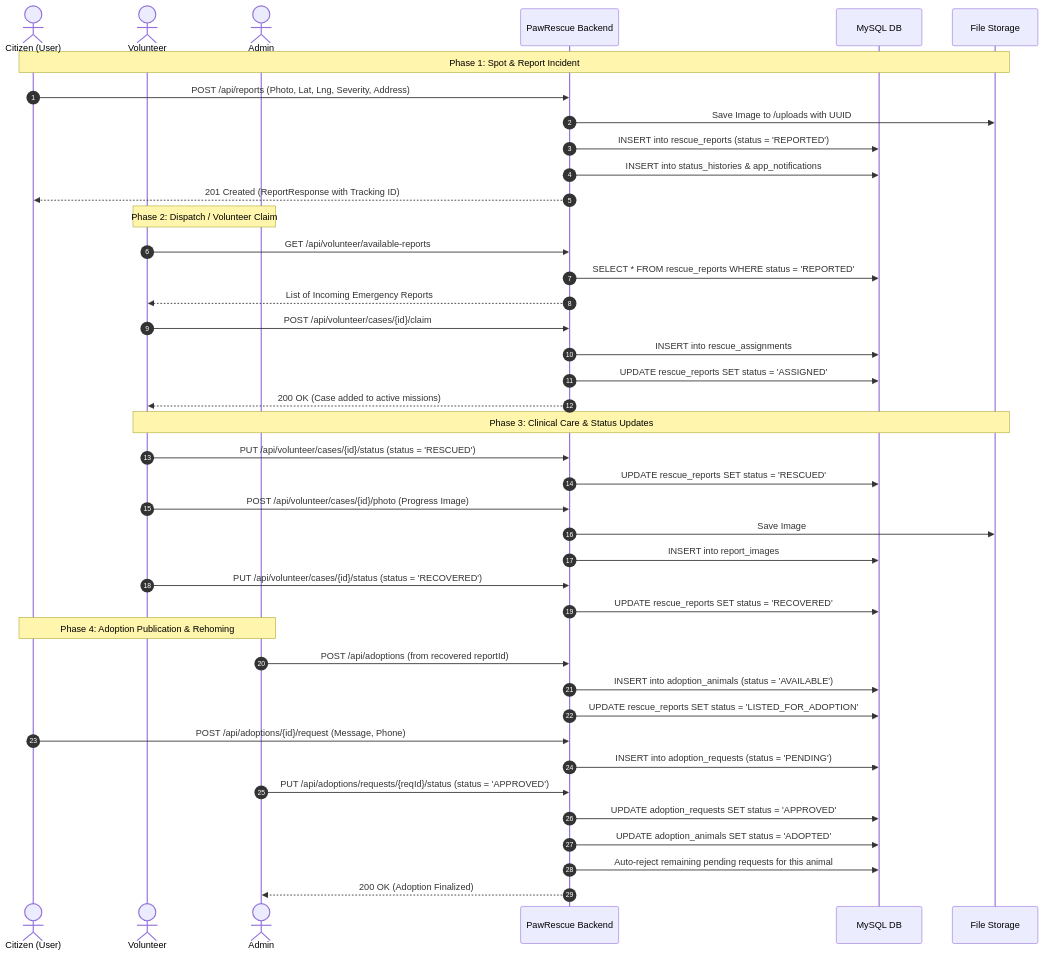
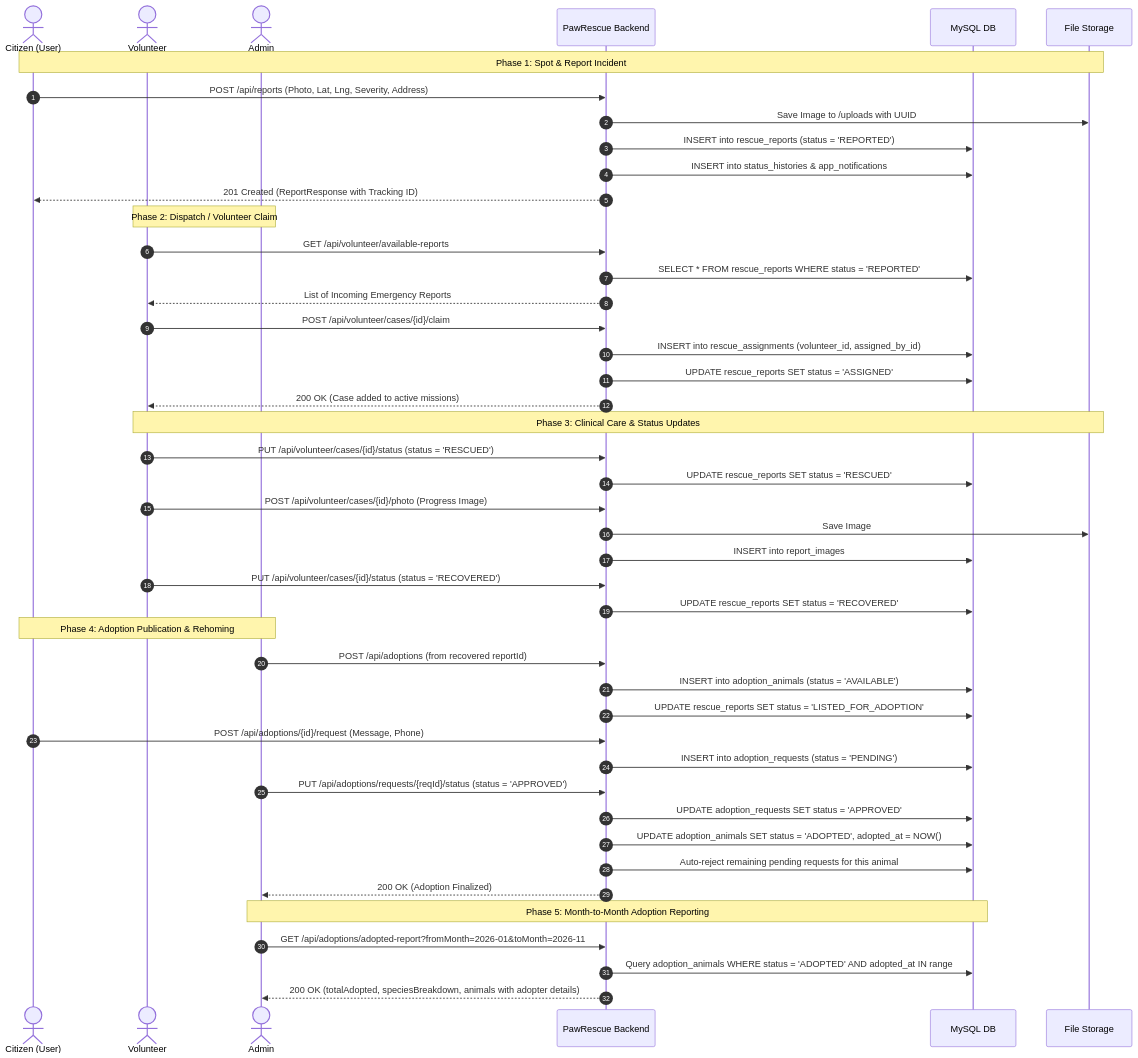
Before and after one commit to Rupam797/AnimalRescuePlatform: the third of 4 diagrams in README.md, drawn with Mermaid. The commit also changed other lines of this file, not shown here.

Commit message:
docs: update README with adoption analytics, volunteer tracking, GPS routing, and schema details

````diff
--- a/README.md
+++ b/README.md
@@ -191,47 +233,52 @@
 ```mermaid
 sequenceDiagram
     autonumber
     actor C as Citizen (User)
     actor V as Volunteer
     actor A as Admin
     participant S as PawRescue Backend
     participant DB as MySQL DB
     participant FS as File Storage
 
     Note over C,FS: Phase 1: Spot & Report Incident
     C->>S: POST /api/reports (Photo, Lat, Lng, Severity, Address)
     S->>FS: Save Image to /uploads with UUID
     S->>DB: INSERT into rescue_reports (status = 'REPORTED')
     S->>DB: INSERT into status_histories & app_notifications
     S-->>C: 201 Created (ReportResponse with Tracking ID)
 
     Note over V,A: Phase 2: Dispatch / Volunteer Claim
     V->>S: GET /api/volunteer/available-reports
     S->>DB: SELECT * FROM rescue_reports WHERE status = 'REPORTED'
     S-->>V: List of Incoming Emergency Reports
     V->>S: POST /api/volunteer/cases/{id}/claim
-    S->>DB: INSERT into rescue_assignments
+    S->>DB: INSERT into rescue_assignments (volunteer_id, assigned_by_id)
     S->>DB: UPDATE rescue_reports SET status = 'ASSIGNED'
     S-->>V: 200 OK (Case added to active missions)
 
     Note over V,FS: Phase 3: Clinical Care & Status Updates
     V->>S: PUT /api/volunteer/cases/{id}/status (status = 'RESCUED')
     S->>DB: UPDATE rescue_reports SET status = 'RESCUED'
     V->>S: POST /api/volunteer/cases/{id}/photo (Progress Image)
     S->>FS: Save Image
     S->>DB: INSERT into report_images
     V->>S: PUT /api/volunteer/cases/{id}/status (status = 'RECOVERED')
     S->>DB: UPDATE rescue_reports SET status = 'RECOVERED'
 
     Note over A,C: Phase 4: Adoption Publication & Rehoming
     A->>S: POST /api/adoptions (from recovered reportId)
     S->>DB: INSERT into adoption_animals (status = 'AVAILABLE')
     S->>DB: UPDATE rescue_reports SET status = 'LISTED_FOR_ADOPTION'
     C->>S: POST /api/adoptions/{id}/request (Message, Phone)
     S->>DB: INSERT into adoption_requests (status = 'PENDING')
     A->>S: PUT /api/adoptions/requests/{reqId}/status (status = 'APPROVED')
     S->>DB: UPDATE adoption_requests SET status = 'APPROVED'
-    S->>DB: UPDATE adoption_animals SET status = 'ADOPTED'
+    S->>DB: UPDATE adoption_animals SET status = 'ADOPTED', adopted_at = NOW()
     S->>DB: Auto-reject remaining pending requests for this animal
     S-->>A: 200 OK (Adoption Finalized)
+
+    Note over A,DB: Phase 5: Month-to-Month Adoption Reporting
+    A->>S: GET /api/adoptions/adopted-report?fromMonth=2026-01&toMonth=2026-11
+    S->>DB: Query adoption_animals WHERE status = 'ADOPTED' AND adopted_at IN range
+    S-->>A: 200 OK (totalAdopted, speciesBreakdown, animals with adopter details)
 ```
````
